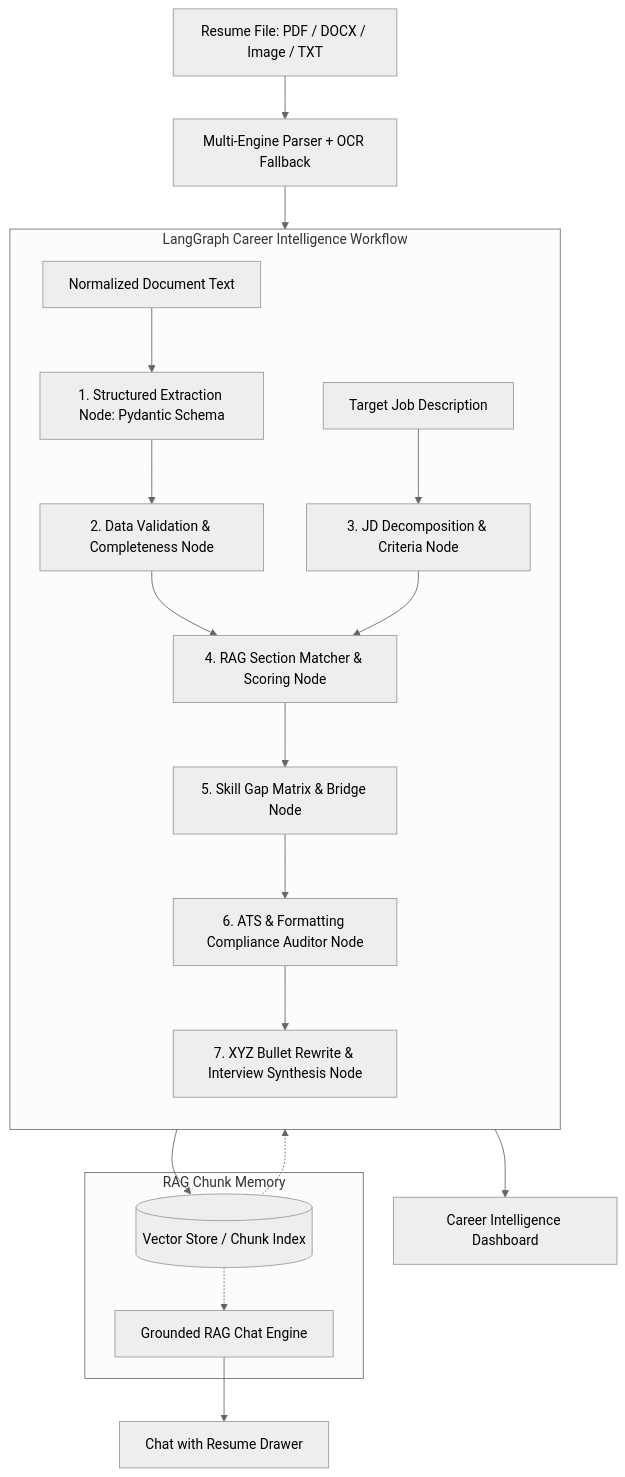
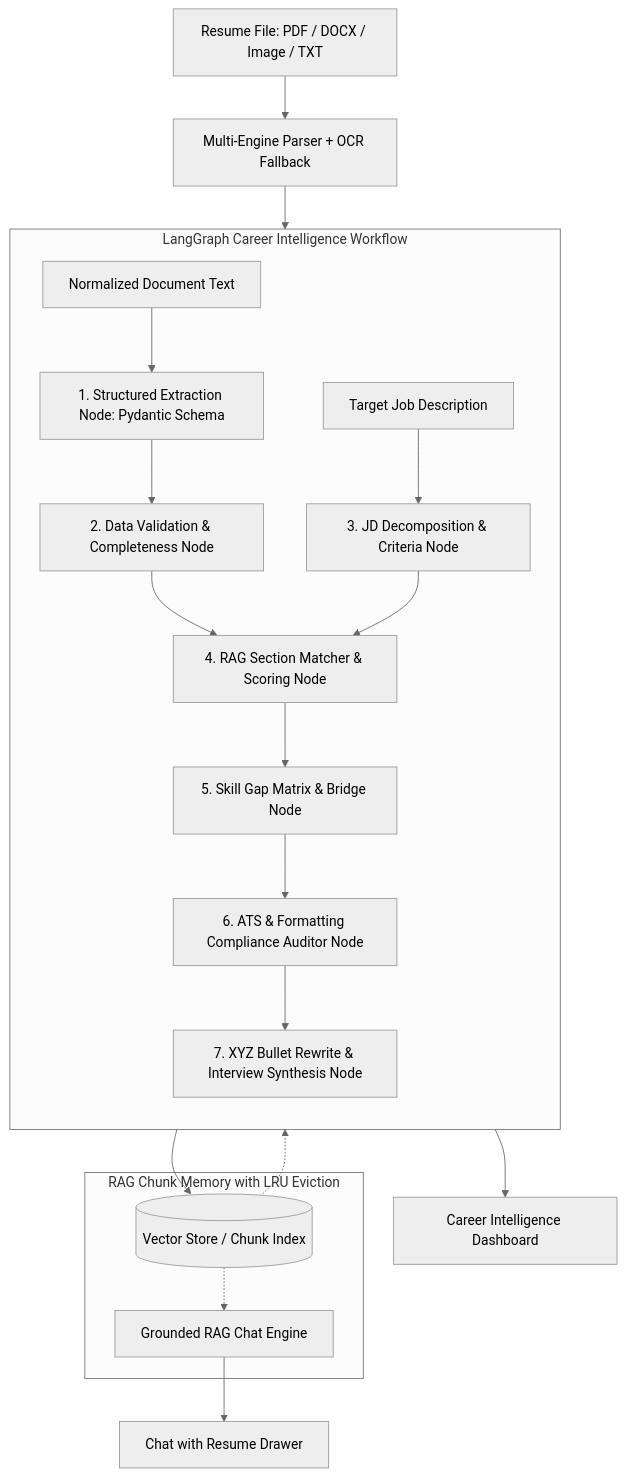
Before and after one commit to Ijlal-Hussaini/Resume_IQ: the diagram in README.md, drawn with Mermaid (neutral theme). The commit also changed other lines of this file, not shown here.

Commit message:
Docs: Update comprehensive production README with architecture diagrams and benchmarks

````diff
--- a/README.md
+++ b/README.md
@@ -29,29 +30,29 @@
 ```mermaid
 graph TD
     UserResume[Resume File: PDF / DOCX / Image / TXT] --> ParserService[Multi-Engine Parser + OCR Fallback]
     ParserService --> RawText[Normalized Document Text]
     
     subgraph Agentic Pipeline [LangGraph Career Intelligence Workflow]
         direction TB
         RawText --> N1[1. Structured Extraction Node: Pydantic Schema]
         N1 --> N2[2. Data Validation & Completeness Node]
         
         TargetJD[Target Job Description] --> N3[3. JD Decomposition & Criteria Node]
         
         N2 --> N4[4. RAG Section Matcher & Scoring Node]
         N3 --> N4
         
         N4 --> N5[5. Skill Gap Matrix & Bridge Node]
         N5 --> N6[6. ATS & Formatting Compliance Auditor Node]
         N6 --> N7[7. XYZ Bullet Rewrite & Interview Synthesis Node]
     end
     
-    subgraph Local Vector Store [RAG Chunk Memory]
+    subgraph Local Vector Store [RAG Chunk Memory with LRU Eviction]
         RawText --> ChunkIndex[(Vector Store / Chunk Index)]
         ChunkIndex -.-> N4
         ChunkIndex -.-> RAGChat[Grounded RAG Chat Engine]
     end
     
     N7 --> ResultsDashboard[Career Intelligence Dashboard]
     RAGChat --> ChatUI[Chat with Resume Drawer]
 ```
````
